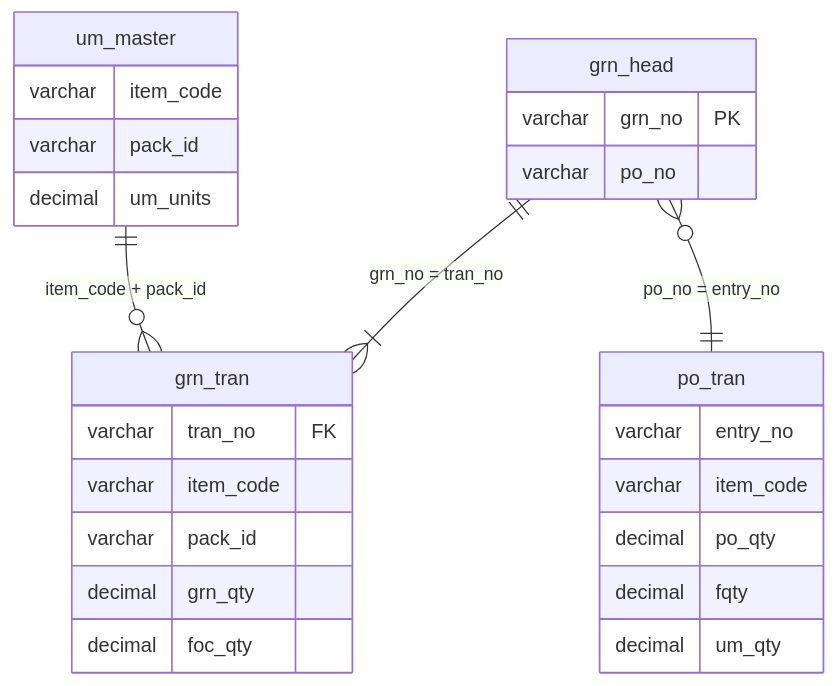
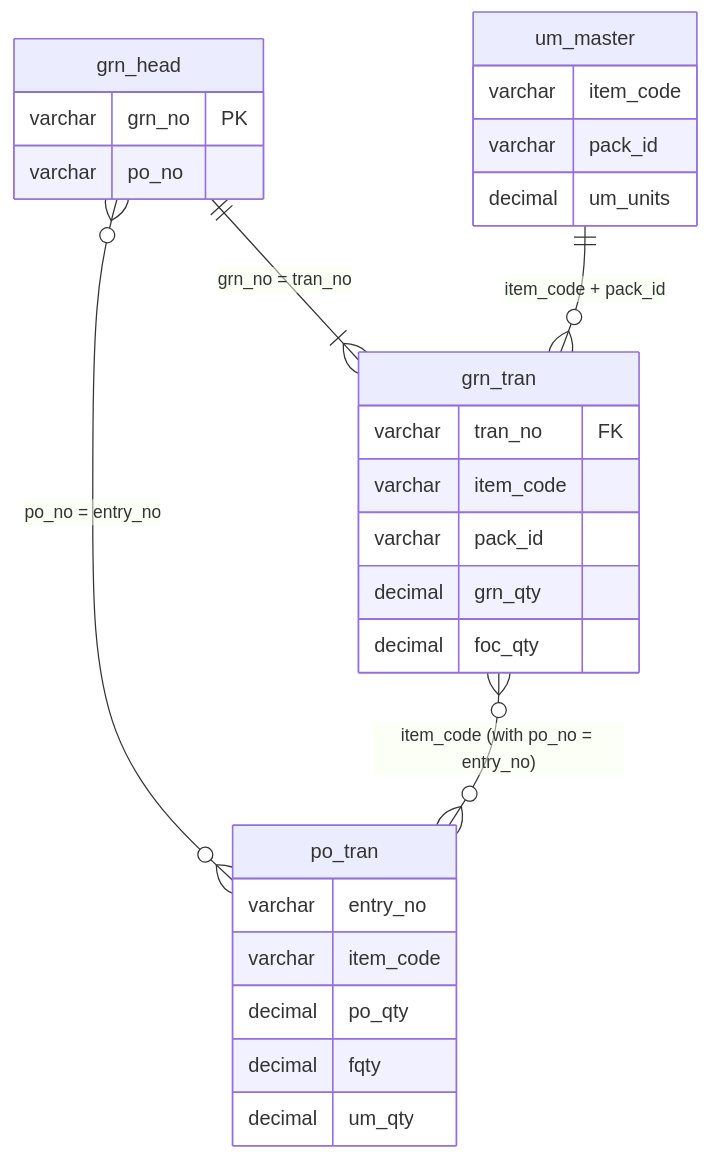
One commit to Shaharethgit/po-grn-price-variation-sql-pandas changed the diagram in README.md. Above: the diagram before and after it, drawn with Mermaid. The commit also changed other lines of this file, not shown here.

Commit message:
schema info updated

````diff
--- a/README.md
+++ b/README.md
@@ -19,30 +19,31 @@
 ```mermaid
 erDiagram
     grn_head ||--|{ grn_tran : "grn_no = tran_no"
-    grn_head }o--|| po_tran : "po_no = entry_no"
+    grn_head }o--o{ po_tran : "po_no = entry_no"
+    grn_tran }o--o{ po_tran : "item_code (with po_no = entry_no)"
     um_master ||--o{ grn_tran : "item_code + pack_id"
 
     grn_head {
         varchar grn_no PK
         varchar po_no
     }
     grn_tran {
         varchar tran_no FK
         varchar item_code
         varchar pack_id
         decimal grn_qty
         decimal foc_qty
     }
     po_tran {
         varchar entry_no
         varchar item_code
         decimal po_qty
         decimal fqty
         decimal um_qty
     }
     um_master {
         varchar item_code
         varchar pack_id
         decimal um_units
     }
 ```
````
